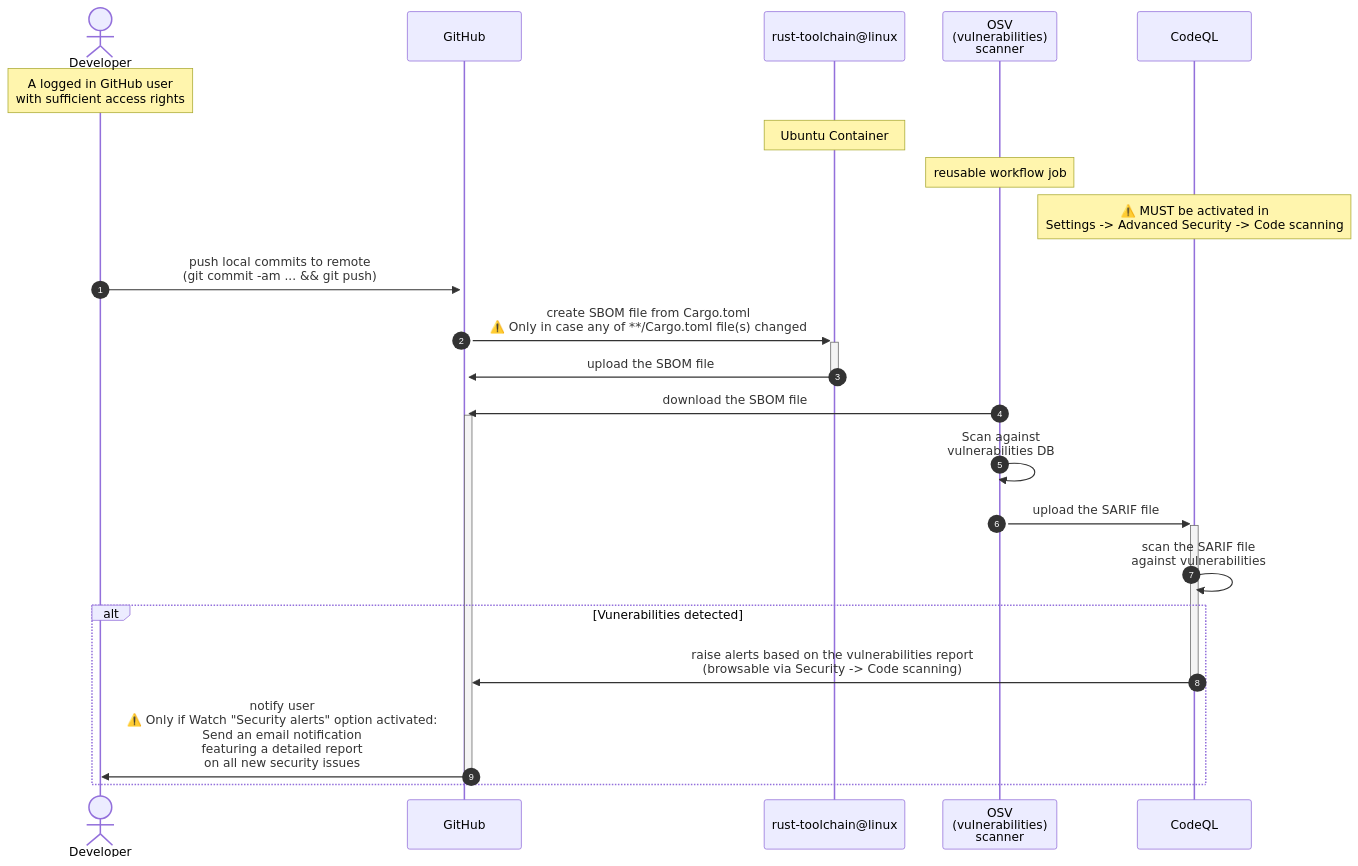
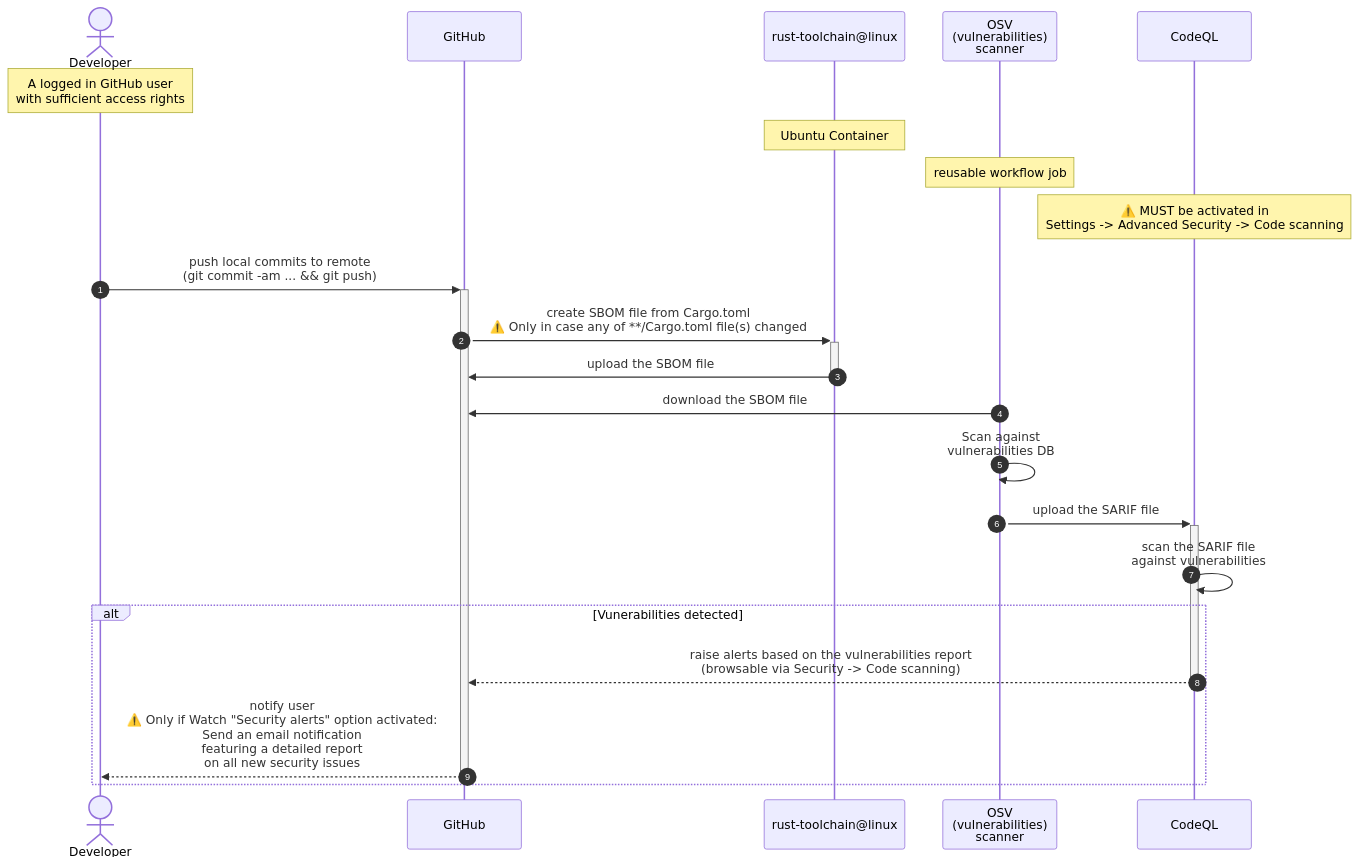
The second of 4 diagrams in README.md (swiyu-admin-ch/github-actions-workflows), drawn with Mermaid before and after one commit. The commit also changed other lines of this file, not shown here.

````diff
--- a/README.md
+++ b/README.md
@@ -51,28 +51,28 @@
 ```mermaid
 sequenceDiagram
     autonumber
 
     actor dev as Developer
     participant gh as GitHub
     participant rust   as rust-toolchain@linux
     participant osv    as OSV<br> (vulnerabilities)<br> scanner
     participant CodeQL as CodeQL
 
     Note over dev: A logged in GitHub user<br> with sufficient access rights
     Note over rust: Ubuntu Container
     Note over osv: reusable workflow job
     Note over CodeQL: ⚠️ MUST be activated in<br> Settings -> Advanced Security -> Code scanning
 
     dev    ->>+ gh: push local commits to remote<br>(git commit -am ... && git push)
     gh     ->>+ rust: create SBOM file from Cargo.toml<br>⚠️ Only in case any of **/Cargo.toml file(s) changed
     rust   ->>- gh: upload the SBOM file
-    osv    ->>+ gh: download the SBOM file
+    osv    ->>  gh: download the SBOM file
     osv    ->>+ osv: Scan against<br> vulnerabilities DB
     osv    ->>+ CodeQL: upload the SARIF file
     CodeQL ->>  CodeQL: scan the SARIF file<br> against vulnerabilities
 
     alt Vunerabilities detected
-        CodeQL ->>- gh: raise alerts based on the vulnerabilities report<br> (browsable via Security -> Code scanning)
-        gh     ->>- dev: notify user<br> ⚠️ Only if Watch "Security alerts" option activated:<br> Send an email notification<br> featuring a detailed report<br> on all new security issues
+        CodeQL -->>- gh: raise alerts based on the vulnerabilities report<br> (browsable via Security -> Code scanning)
+        gh     -->>- dev: notify user<br> ⚠️ Only if Watch "Security alerts" option activated:<br> Send an email notification<br> featuring a detailed report<br> on all new security issues
     end
 ```
````
